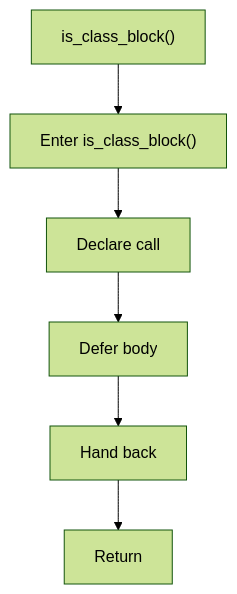
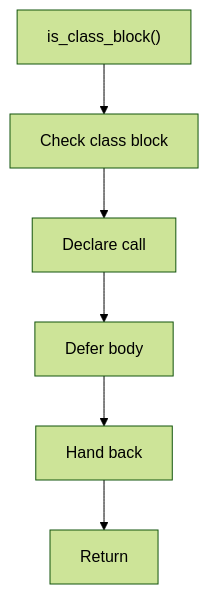
The diagram in docs/Codebase/Microservice/Modules/Header/SyntacticBrokenAST/Analysis/ImplementationUse/Resolution/Symbols/Internal/Flow/functions/is_class_block.hpp.md (JohnAndrewBalbarosa/NeoTerritory), drawn with Mermaid (forest theme) before and after one commit. The commit also changed other lines of this file and 925 other files, not shown here.

````diff
--- a/docs/Codebase/Microservice/Modules/Header/SyntacticBrokenAST/Analysis/ImplementationUse/Resolution/Symbols/Internal/Flow/functions/is_class_block.hpp.md
+++ b/docs/Codebase/Microservice/Modules/Header/SyntacticBrokenAST/Analysis/ImplementationUse/Resolution/Symbols/Internal/Flow/functions/is_class_block.hpp.md
@@ -16,14 +16,14 @@
 ```mermaid
 flowchart TD
     Start["is_class_block()"]
-    N0["Enter is_class_block()"]
+    N0["Check class block"]
     N1["Declare call"]
     N2["Defer body"]
     N3["Hand back"]
     End["Return"]
     Start --> N0
     N0 --> N1
     N1 --> N2
     N2 --> N3
     N3 --> End
 ```
````
